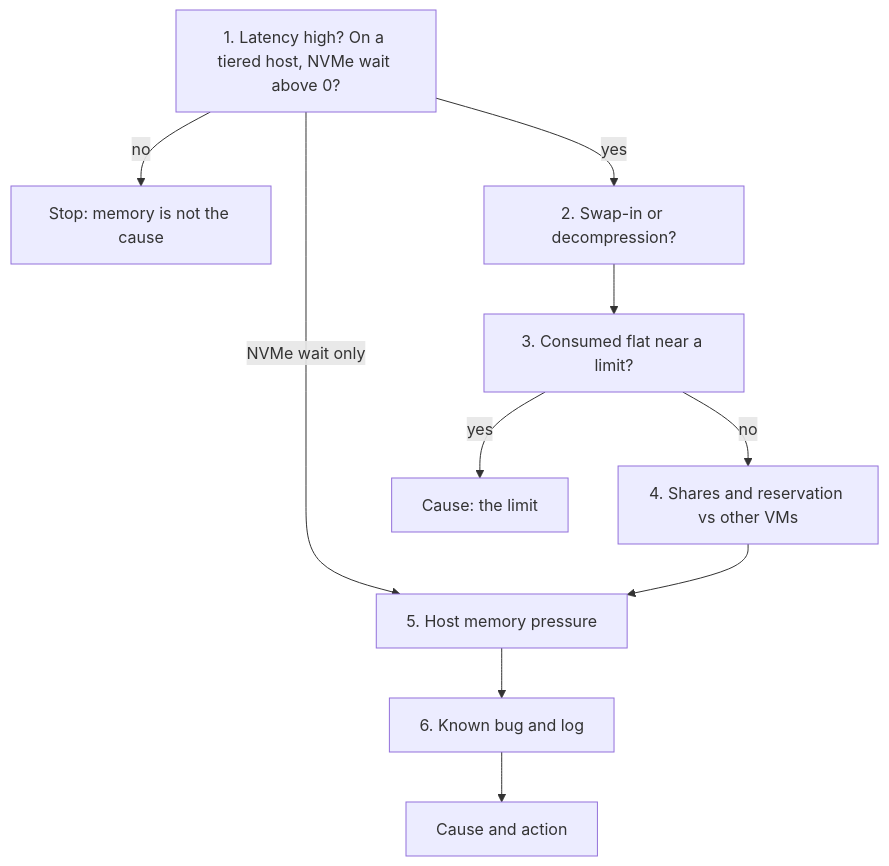
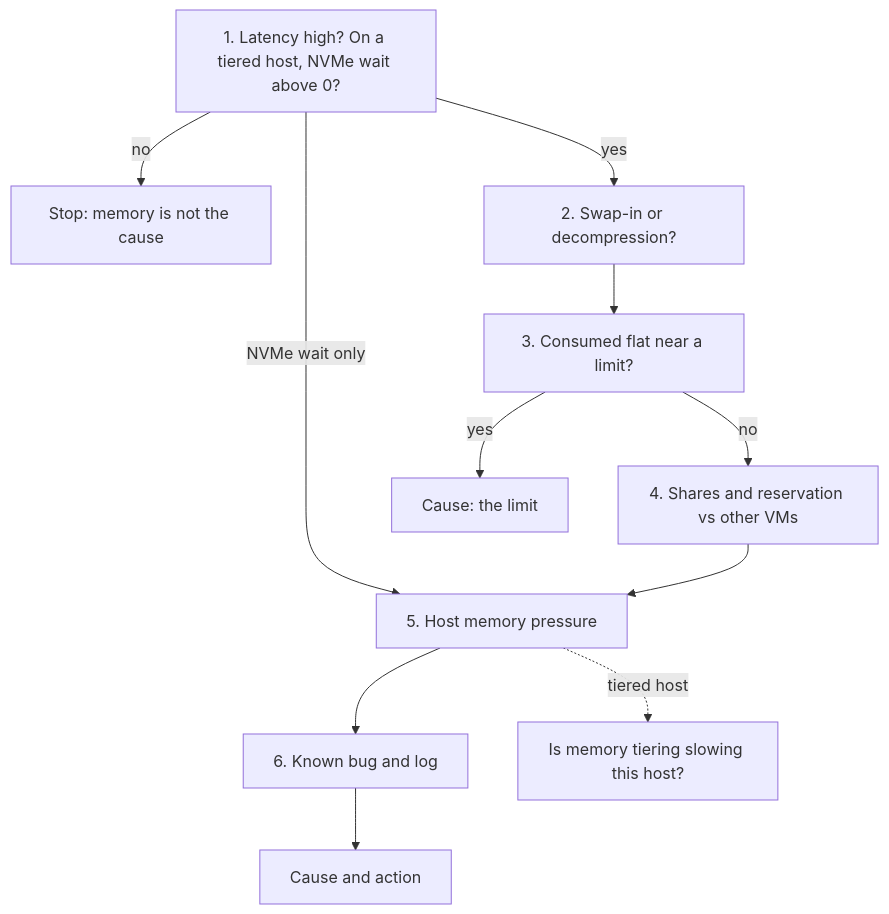
Before and after one commit to e1-rahabok/agent-e2: the diagram in knowledge/vsphere/technology/memory/vm-memory-latency-high.md, drawn with Mermaid. The commit also changed 14 other files, not shown here.

First line of the commit message:
Flow charts: every hand-off box opens its flow

````diff
--- a/knowledge/vsphere/technology/memory/vm-memory-latency-high.md
+++ b/knowledge/vsphere/technology/memory/vm-memory-latency-high.md
@@ -8,12 +8,14 @@
 ```mermaid
 flowchart TD
   S1[1. Latency high? On a tiered host, NVMe wait above 0?] -->|no| E1[Stop: memory is not the cause]
   S1 -->|NVMe wait only| S5
   S1 -->|yes| S2[2. Swap-in or decompression?]
   S2 --> S3[3. Consumed flat near a limit?]
   S3 -->|yes| E3[Cause: the limit]
   S3 -->|no| S4[4. Shares and reservation vs other VMs]
   S4 --> S5[5. Host memory pressure]
   S5 --> S6[6. Known bug and log]
   S6 --> E6[Cause and action]
+  S5 -.->|tiered host| D5["Is memory tiering slowing this host?"]
+  click D5 "https://github.com/e1-rahabok/agent-e2/blob/main/knowledge/vsphere/technology/memory/decision-tree/is-memory-tiering-slowing-host.md" "Is memory tiering slowing this host?" _blank
 ```
````
